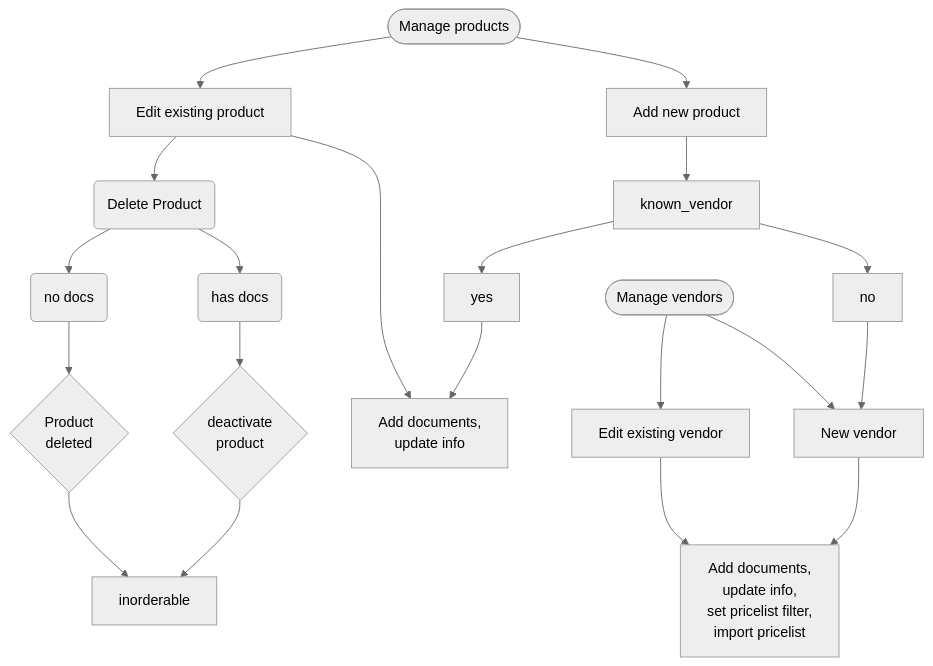
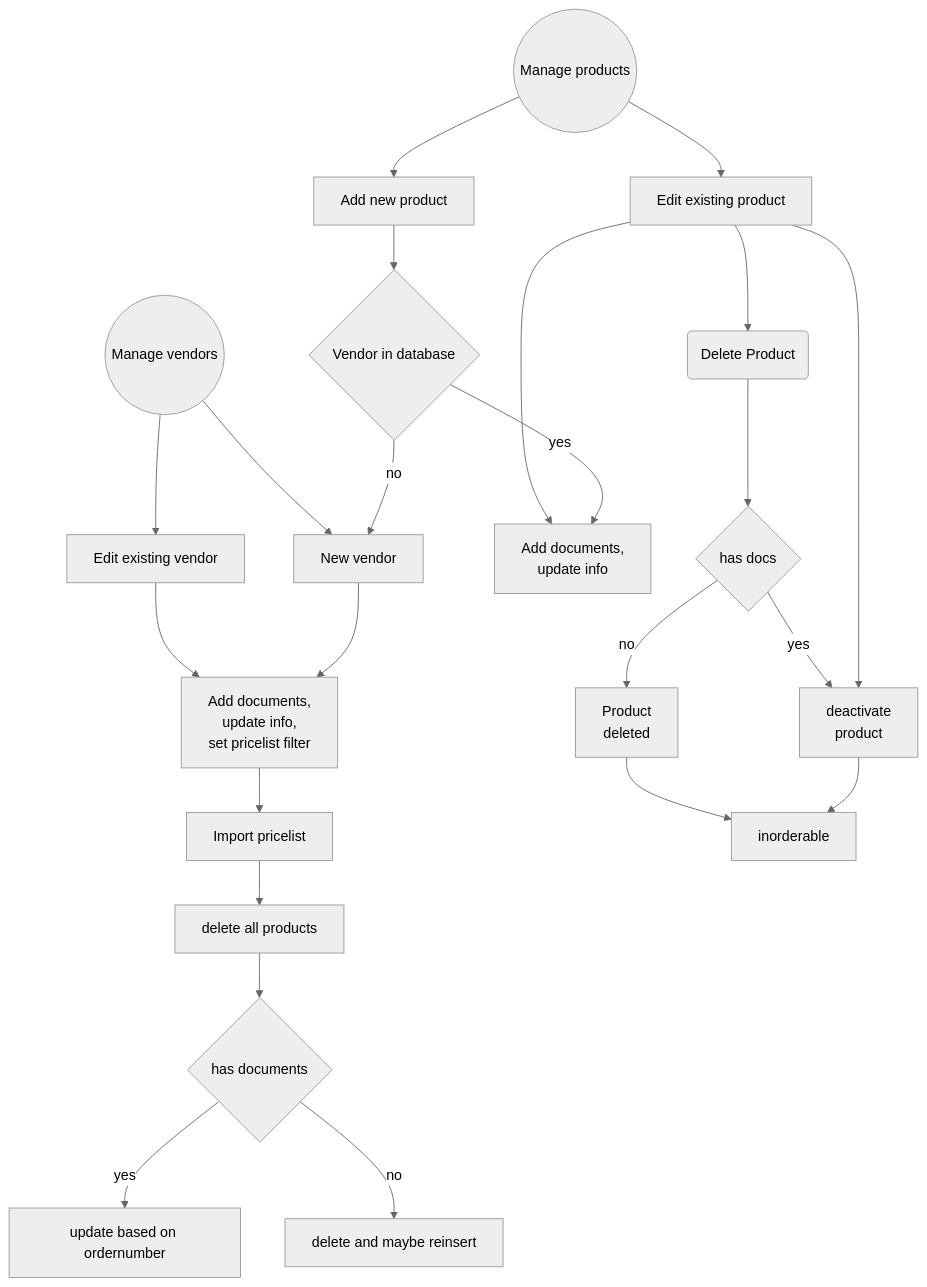
Before and after one commit to erroronline1/caro: the diagram in flowcharts.md, drawn with Mermaid (neutral theme).

Commit message:
flowcharts

````diff
--- a/flowcharts.md
+++ b/flowcharts.md
@@ -3,27 +3,31 @@
 ```mermaid
 graph TD;
-    manage_vendors([Manage vendors])-->edit_vendor[Edit existing vendor];
+    manage_vendors((Manage vendors))-->edit_vendor[Edit existing vendor];
     manage_vendors-->new_vendor[New vendor];
-    edit_vendor-->add_vinfo["`Add documents,
+    edit_vendor-->add_vinfo["Add documents,
     update info,
-    set pricelist filter,
-    import pricelist`"];
+    set pricelist filter"];
     new_vendor-->add_vinfo;
-    manage_products([Manage products])-->edit_product[Edit existing product];
+    add_vinfo-->import_pricelist[Import pricelist];
+    import_pricelist-->delete_all_products[delete all products];
+    delete_all_products-->has_docs2{has documents};
+    has_docs2-->|yes|update[update based on ordernumber];
+    has_docs2-->|no|delete[delete and maybe reinsert]
+
+    manage_products((Manage products))-->edit_product[Edit existing product];
     manage_products-->add_product[Add new product];
-    edit_product-->add_pinfo["`Add documents,
-    update info`"];
+    edit_product-->add_pinfo["Add documents,
+    update info"];
     add_product-->known_vendor;
-    known_vendor-->yes;
-    yes-->add_pinfo;
-    known_vendor-->no;
-    no-->new_vendor
+    known_vendor{Vendor in database}-->|yes|add_pinfo;
+    known_vendor-->|no|new_vendor
     edit_product-->delete_product(Delete Product);
-    delete_product-->has_doc(has docs) & no_docs(no docs);
-    no_docs-->product_deleted{"`Product
-    deleted`"};
-    has_doc-->product_inactive{"`deactivate
-    product`"}
+    delete_product-->has_docs{has docs};
+    has_docs-->|no|product_deleted["Product
+    deleted"];
+    has_docs-->|yes|product_inactive["deactivate
+    product"]
     product_deleted-->inorderable;
-    product_inactive-->inorderable
+    product_inactive-->inorderable;
+    edit_product-->product_inactive;
 ```
````
